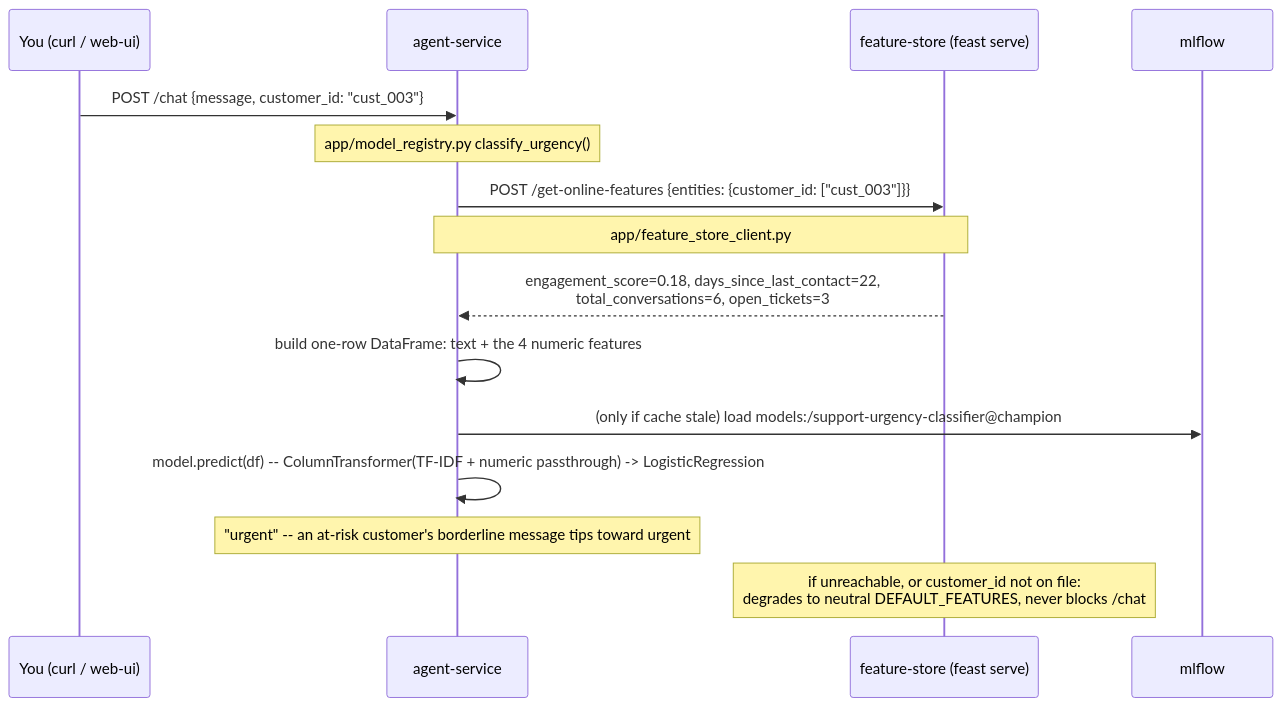
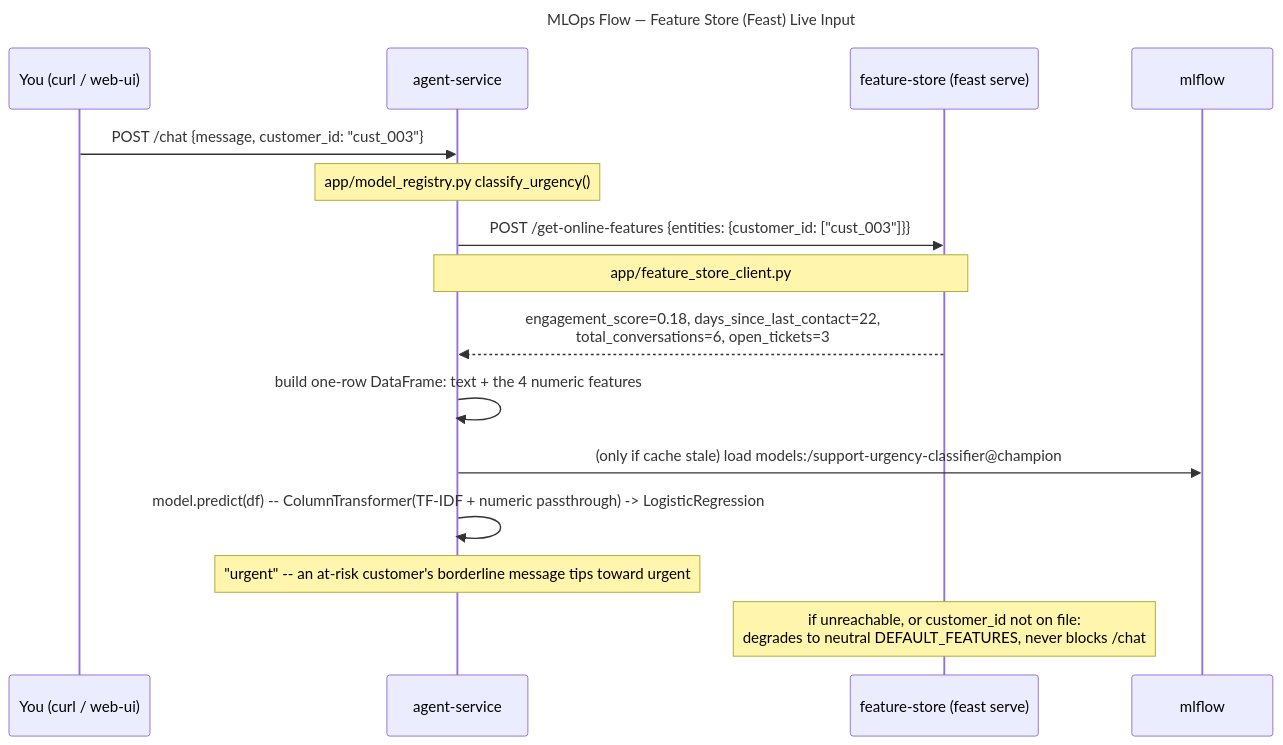
Before and after one commit to vishalrath0d/ai-ml-llm-ops: the fifth of 6 diagrams in README.md, drawn with Mermaid. The commit also changed other lines of this file and 1 other file, not shown here.

First line of the commit message:
Fold CI/CD pipeline diagram into root README; label all diagrams by Ops discipline

````diff
--- a/README.md
+++ b/README.md
@@ -382,21 +394,24 @@
 ```mermaid
+---
+title: MLOps Flow — Feature Store (Feast) Live Input
+---
 sequenceDiagram
     participant You as You (curl / web-ui)
     participant Agent as agent-service
     participant Feast as feature-store (feast serve)
     participant MLflow as mlflow
 
     You->>Agent: POST /chat {message, customer_id: "cust_003"}
     Note over Agent: app/model_registry.py classify_urgency()
 
     Agent->>Feast: POST /get-online-features {entities: {customer_id: ["cust_003"]}}
     Note over Agent,Feast: app/feature_store_client.py
     Feast-->>Agent: engagement_score=0.18, days_since_last_contact=22,<br/>total_conversations=6, open_tickets=3
 
     Agent->>Agent: build one-row DataFrame: text + the 4 numeric features
     Agent->>MLflow: (only if cache stale) load models:/support-urgency-classifier@champion
     Agent->>Agent: model.predict(df) -- ColumnTransformer(TF-IDF + numeric passthrough) -> LogisticRegression
     Note over Agent: "urgent" -- an at-risk customer's borderline message tips toward urgent
 
     Note over Feast: if unreachable, or customer_id not on file:<br/>degrades to neutral DEFAULT_FEATURES, never blocks /chat
 ```
````
